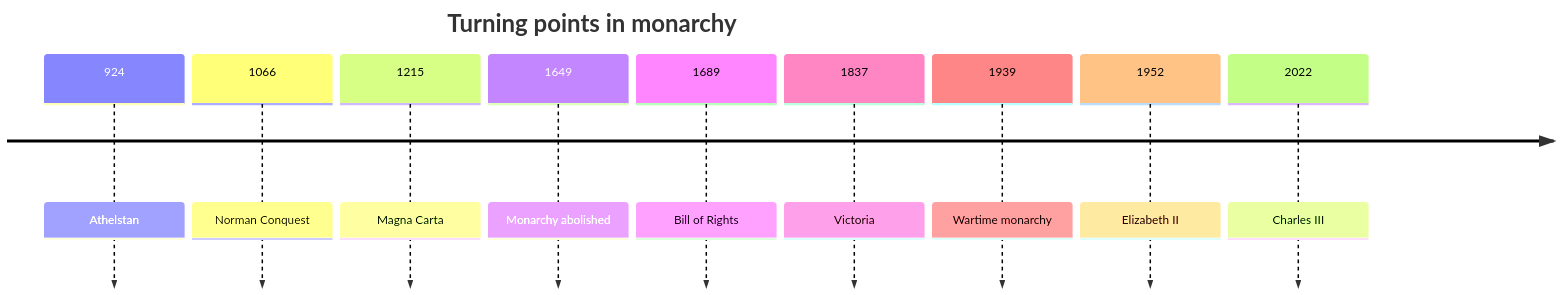
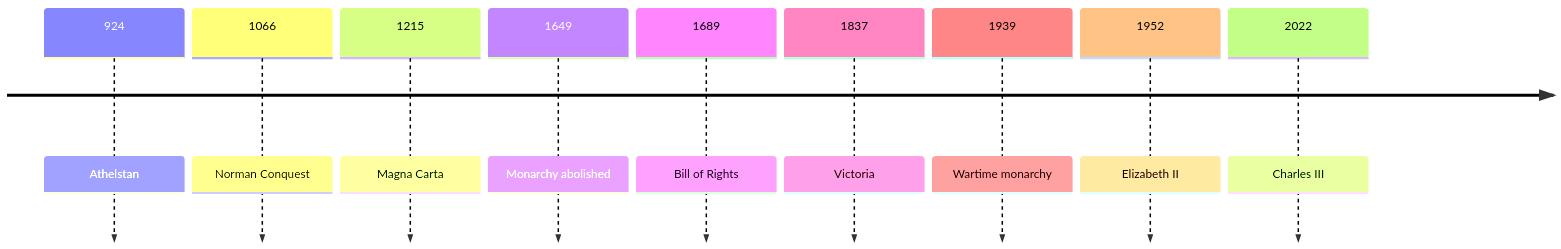
The diagram in articles/report/british-monarchy-history/en/index.mdx (daylight55/research), drawn with Mermaid before and after one commit. The commit also changed 181 other files, not shown here.

First line of the commit message:
全記事の図解368点を再生成し、共通注意書きを削除 (#402)

````diff
--- a/articles/report/british-monarchy-history/en/index.mdx
+++ b/articles/report/british-monarchy-history/en/index.mdx
@@ -26,13 +26,16 @@
 ```mermaid
 timeline
-  title Turning points in monarchy
+  accTitle: Read changes in the British monarchy chronologically
+  accDescr: Distinguish conquest, limits on royal power, abolition, constitutional change and modern succession. A succession and an institutional transformation are different kinds of event.
+  accTitle: Read changes in the British monarchy chronologically
+  accDescr: Distinguish conquest, limits on royal power, abolition, constitutional change and modern succession. A succession and an institutional transformation are different kinds of event.
   924 : Athelstan
   1066 : Norman Conquest
   1215 : Magna Carta
   1649 : Monarchy abolished
   1689 : Bill of Rights
   1837 : Victoria
   1939 : Wartime monarchy
   1952 : Elizabeth II
   2022 : Charles III
 ```
````
